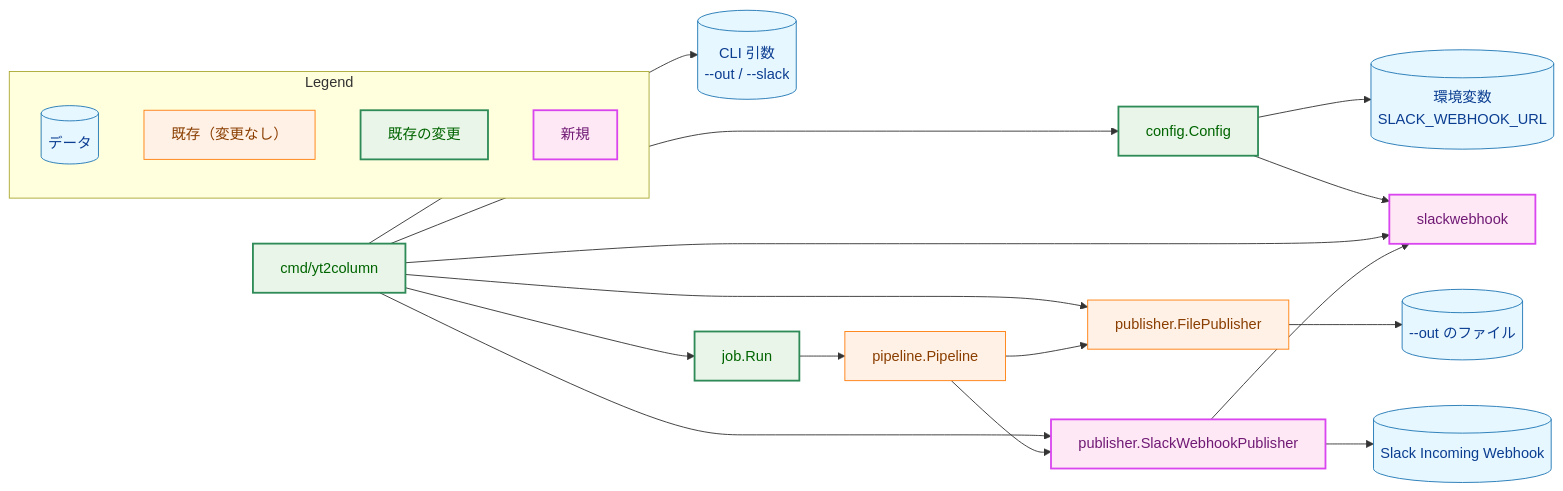
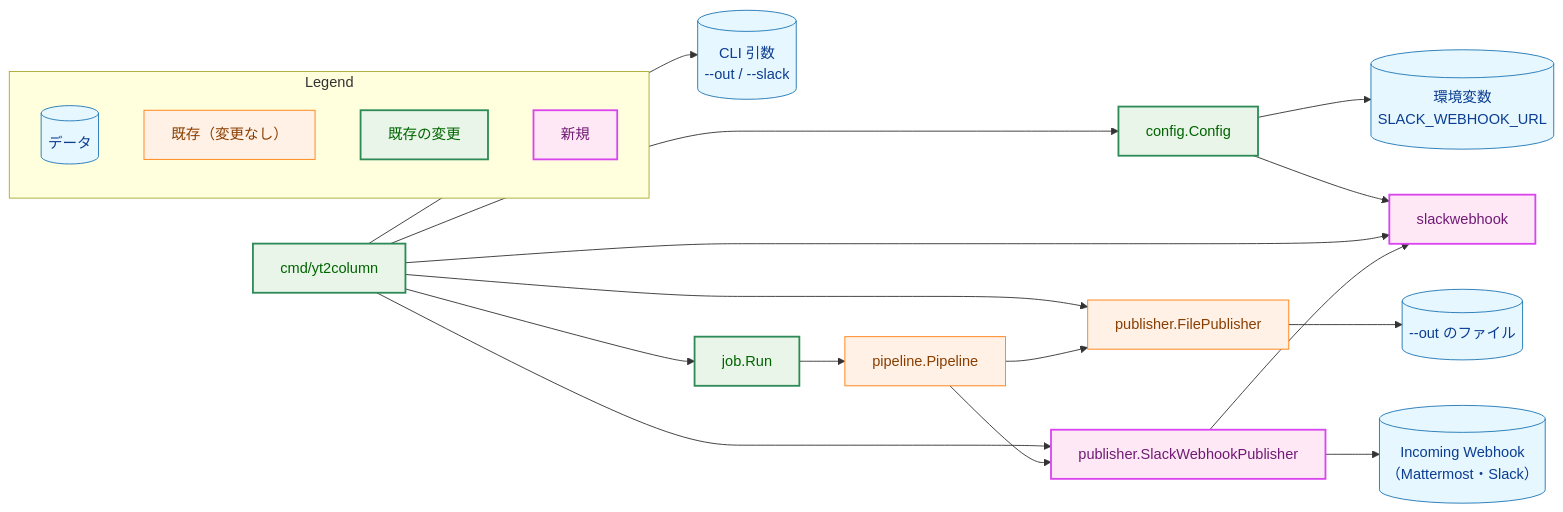
Before and after one commit to isseis/yt2column: the first of 7 diagrams in docs/tasks/0006_slack_webhook_publisher/02_architecture.md, drawn with Mermaid. The commit also changed other lines of this file, not shown here.

First line of the commit message:
docs(0006): rewrite the architecture for the Slack-compatible webhook

````diff
--- a/docs/tasks/0006_slack_webhook_publisher/02_architecture.md
+++ b/docs/tasks/0006_slack_webhook_publisher/02_architecture.md
@@ -32,51 +34,51 @@
 ```mermaid
 flowchart LR
     classDef data fill:#e6f7ff,stroke:#1f77b4,stroke-width:1px,color:#0b3d91;
     classDef process fill:#fff1e6,stroke:#ff7f0e,stroke-width:1px,color:#8a3e00;
     classDef enhanced fill:#e8f5e8,stroke:#2e8b57,stroke-width:2px,color:#006400;
     classDef newpkg fill:#ffe8f5,stroke:#d946ef,stroke-width:2px,color:#701a75;
 
     ENV[("環境変数<br>SLACK_WEBHOOK_URL")]
     ARGS[("CLI 引数<br>--out / --slack")]
-    SLACK[("Slack Incoming Webhook")]
+    HOOK[("Incoming Webhook<br>（Mattermost・Slack）")]
     OUT[("--out のファイル")]
 
     CLI["cmd/yt2column"]
     CFG["config.Config"]
     RULE["slackwebhook"]
     JOB["job.Run"]
     PIPE["pipeline.Pipeline"]
     FPUB["publisher.FilePublisher"]
     SPUB["publisher.SlackWebhookPublisher"]
 
     CFG --> ENV
     CLI --> ARGS
     CLI --> CFG
     CFG --> RULE
     CLI --> RULE
     CLI --> FPUB
     CLI --> SPUB
     SPUB --> RULE
     CLI --> JOB
     JOB --> PIPE
     PIPE --> FPUB
     PIPE --> SPUB
     FPUB --> OUT
-    SPUB --> SLACK
+    SPUB --> HOOK
 
-    class ENV,ARGS,SLACK,OUT data
+    class ENV,ARGS,HOOK,OUT data
     class PIPE,FPUB process
     class CLI,CFG,JOB enhanced
     class RULE,SPUB newpkg
 
     subgraph Legend["Legend"]
         L1[("データ")]
         L2["既存（変更なし）"]
         L3["既存の変更"]
         L4["新規"]
     end
     class L1 data
     class L2 process
     class L3 enhanced
     class L4 newpkg
 ```
````
